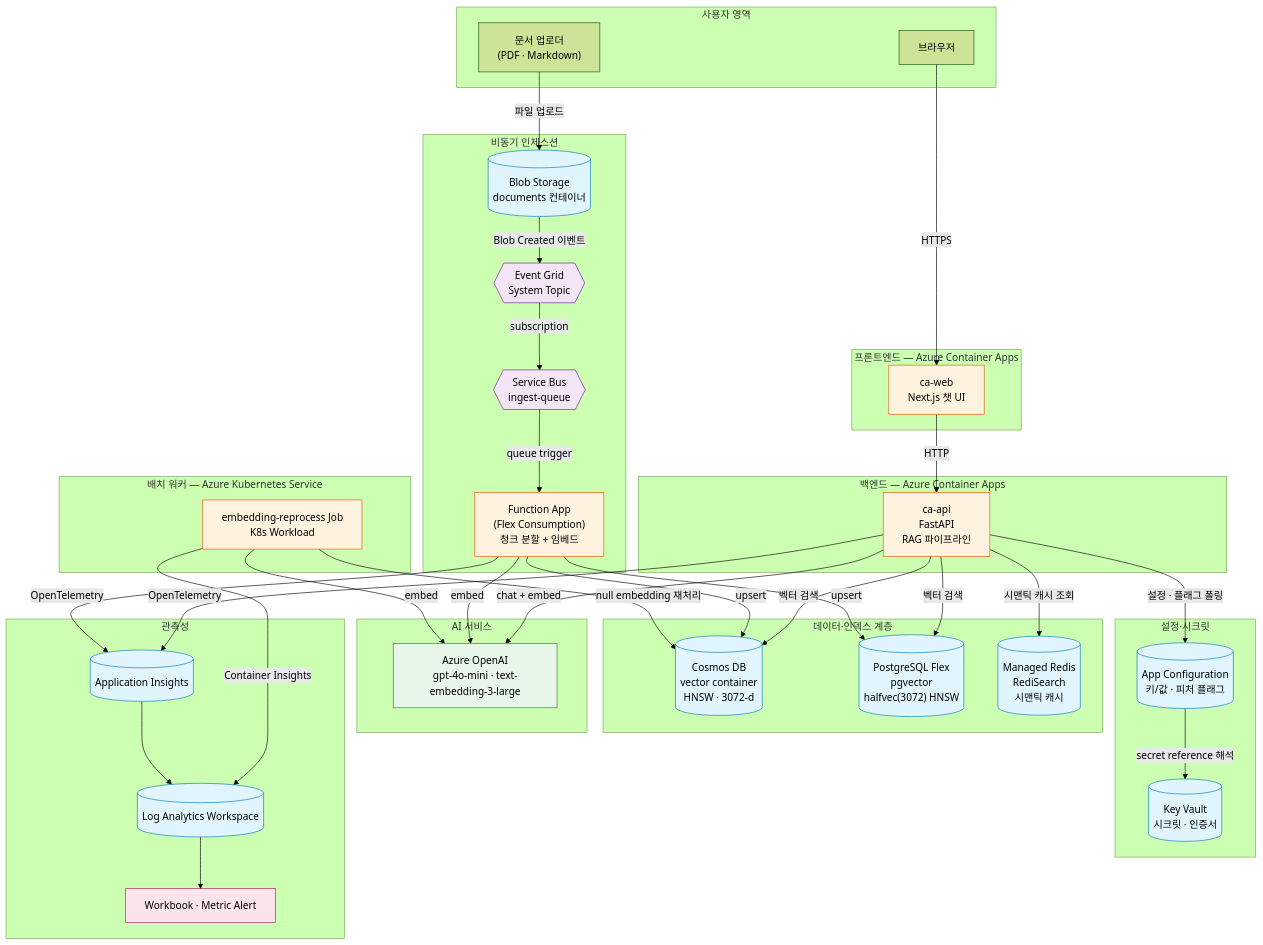
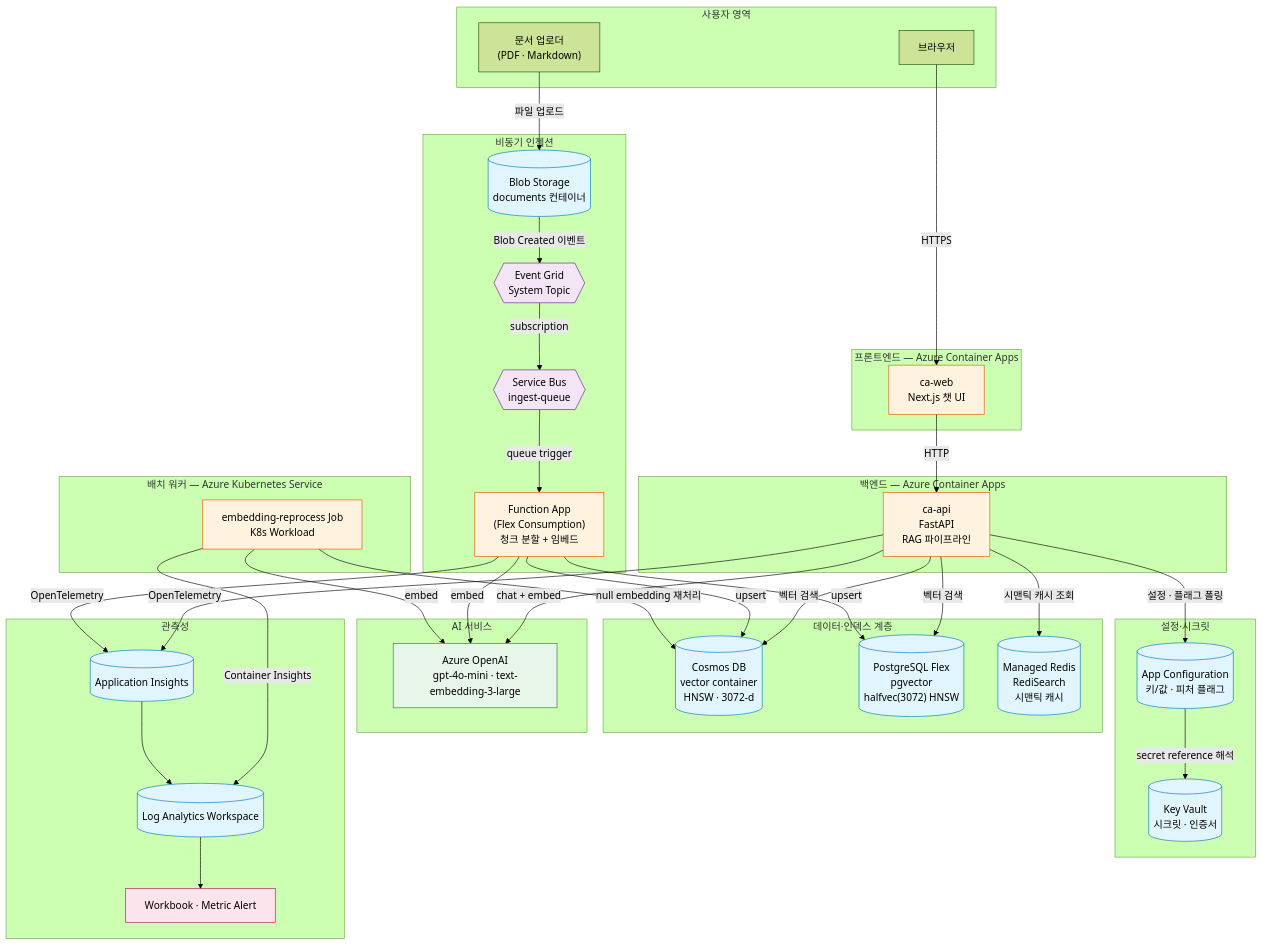
Before and after one commit to krsy0411/azure-ai-200-certification-challenge: the first of 5 diagrams in docs/architecture.md, drawn with Mermaid (forest theme). The commit also changed 10 other files, not shown here.

```diff
--- a/docs/architecture.md
+++ b/docs/architecture.md
@@ -32,7 +32,7 @@
     Redis[("Managed Redis<br/>RediSearch<br/>시맨틱 캐시")]
   end
 
-  subgraph Ingest[비동기 인제스션]
+  subgraph Ingest[비동기 인젝션]
     Blob[("Blob Storage<br/>documents 컨테이너")]
     EG{{"Event Grid<br/>System Topic"}}
     SB{{"Service Bus<br/>ingest-queue"}}
```
